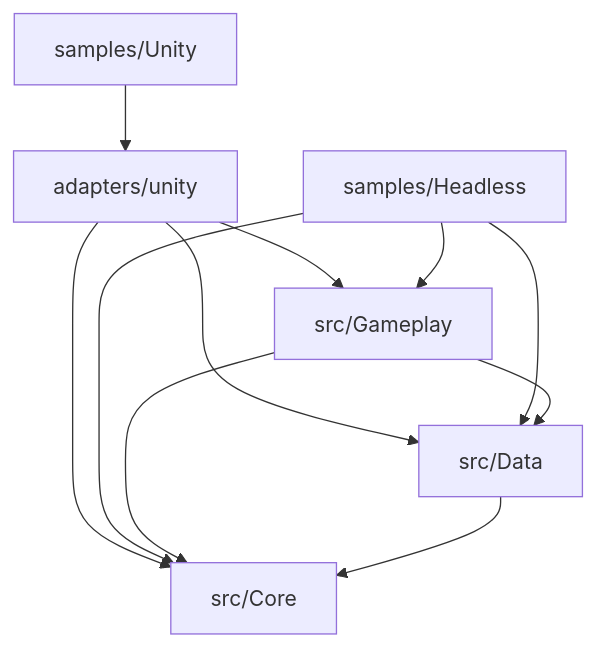
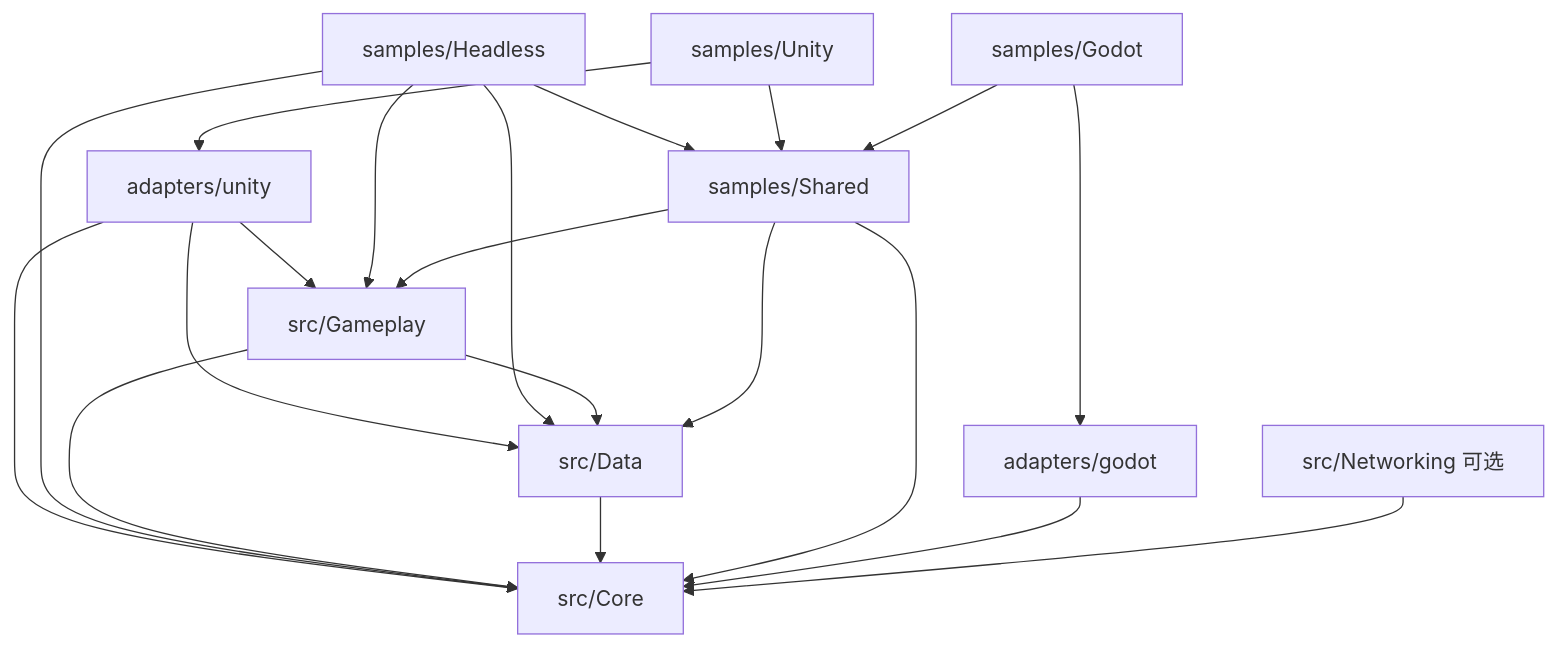
Before and after one commit to qian488/AwithGameFramework: the diagram in GUIDE.md, drawn with Mermaid. The commit also changed other lines of this file and 168 other files, not shown here.

````diff
--- a/GUIDE.md
+++ b/GUIDE.md
@@ -13,13 +13,22 @@
 ```mermaid
 graph TD
     UnitySample[samples/Unity] --> Unity[adapters/unity]
     Unity --> Gameplay[src/Gameplay]
     Unity --> Data[src/Data]
     Unity --> Core[src/Core]
     Headless[samples/Headless] --> Gameplay
     Headless --> Data
     Headless --> Core
     Gameplay --> Data
     Gameplay --> Core
     Data --> Core
+    Shared[samples/Shared] --> Gameplay
+    Shared --> Data
+    Shared --> Core
+    Headless --> Shared
+    UnitySample --> Shared
+    GodotSample[samples/Godot] --> Godot[adapters/godot]
+    GodotSample --> Shared
+    Godot --> Core
+    Networking[src/Networking 可选] --> Core
 ```
````
